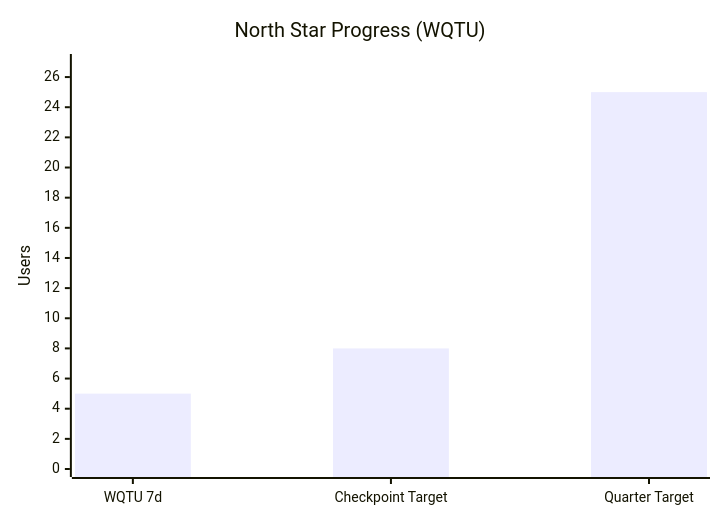
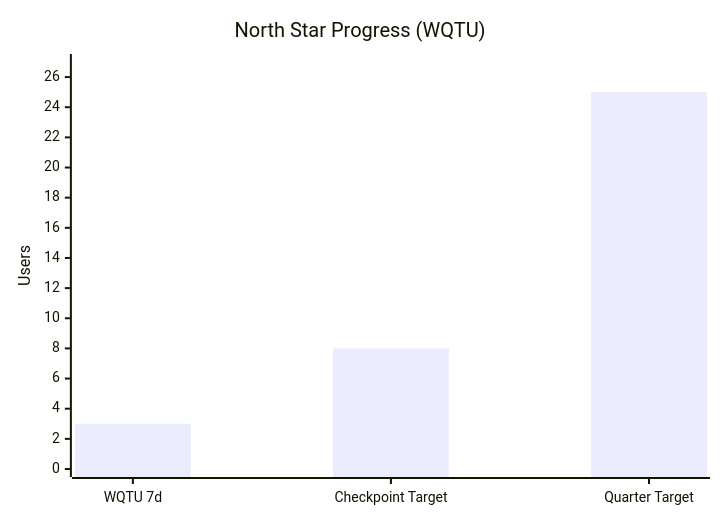
Before and after one commit to IgorGanapolsky/Random-Timer: the second of 4 diagrams in wiki/Paid-Acquisition.md, drawn with Mermaid. The commit also changed other lines of this file and 10 other files, not shown here.

````diff
--- a/wiki/Paid-Acquisition.md
+++ b/wiki/Paid-Acquisition.md
@@ -50,7 +50,7 @@
 ```mermaid
 xychart-beta
     title "North Star Progress (WQTU)"
     x-axis ["WQTU 7d" , "Checkpoint Target" , "Quarter Target"]
     y-axis "Users" 0 --> 27
-    bar [5 , 8 , 25]
+    bar [3 , 8 , 25]
 ```
````
